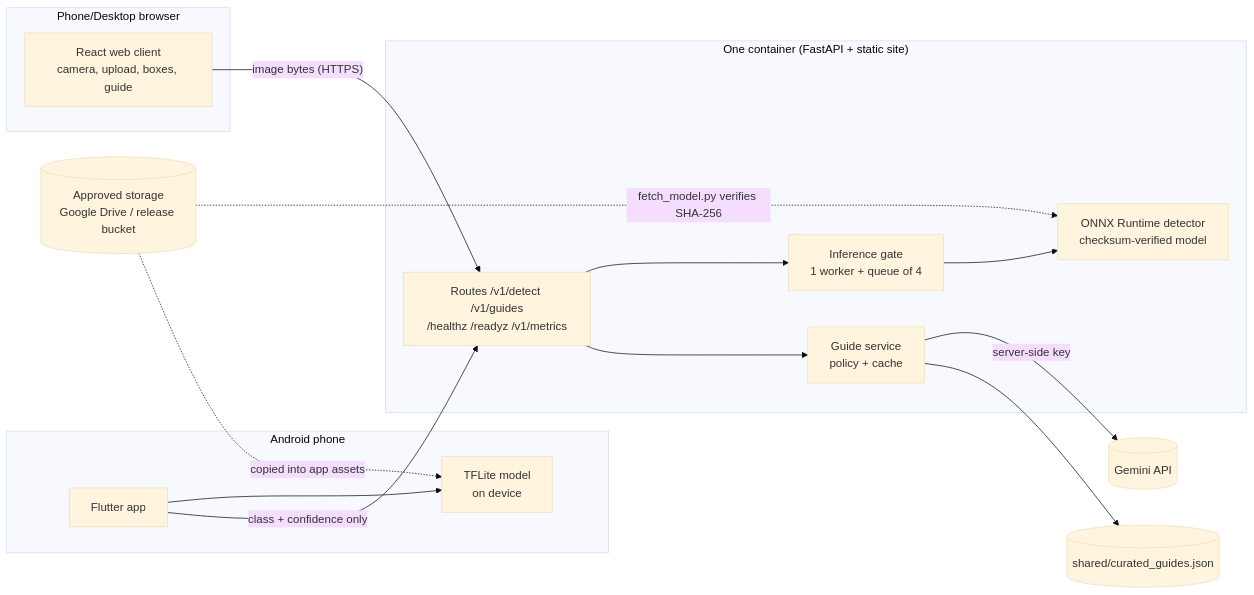
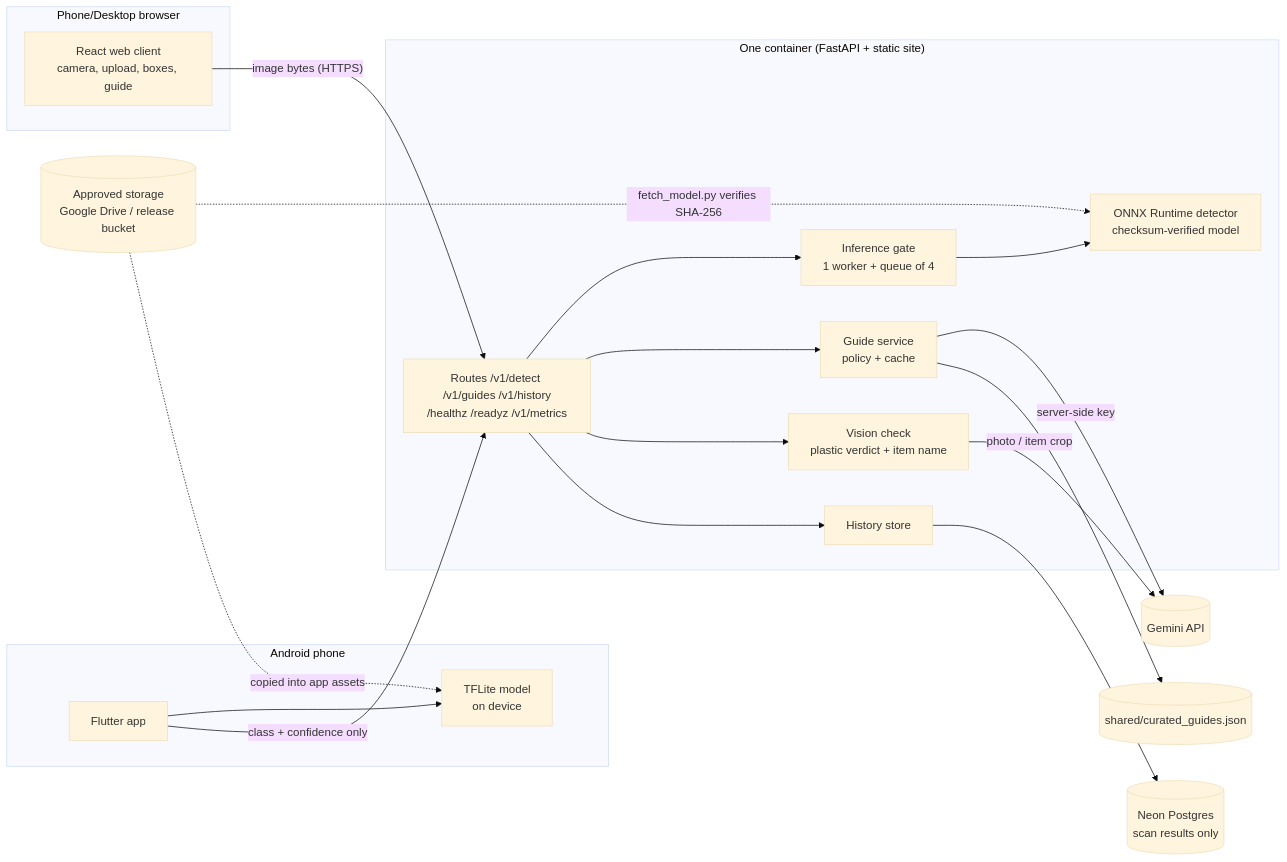
Before and after one commit to elaaf-ai/eco-revive-ai: the diagram in docs/ARCHITECTURE.md, drawn with Mermaid (base theme). The commit also changed other lines of this file and 59 other files, not shown here.

First line of the commit message:
Add scan history (Neon Postgres) and Gemini vision plastic check

````diff
--- a/docs/ARCHITECTURE.md
+++ b/docs/ARCHITECTURE.md
@@ -3,23 +3,29 @@
 ```mermaid
 flowchart LR
   subgraph Phone/Desktop browser
     W[React web client<br/>camera, upload, boxes, guide]
   end
   subgraph Android phone
     F[Flutter app] --> T[TFLite model<br/>on device]
   end
   subgraph Container ["One container (FastAPI + static site)"]
-    API[Routes /v1/detect /v1/guides<br/>/healthz /readyz /v1/metrics]
+    API[Routes /v1/detect /v1/guides /v1/history<br/>/healthz /readyz /v1/metrics]
     G[Inference gate<br/>1 worker + queue of 4]
     D[ONNX Runtime detector<br/>checksum-verified model]
     GS[Guide service<br/>policy + cache]
+    V[Vision check<br/>plastic verdict + item name]
+    H[History store]
     API --> G --> D
     API --> GS
+    API --> V
+    API --> H
   end
+  V -- "photo / item crop" --> GM
+  H --> DB[(Neon Postgres<br/>scan results only)]
   W -- "image bytes (HTTPS)" --> API
   F -- "class + confidence only" --> API
   GS -- "server-side key" --> GM[(Gemini API)]
   GS --> C[(shared/curated_guides.json)]
   R[(Approved storage<br/>Google Drive / release bucket)] -. "fetch_model.py verifies SHA-256" .-> D
   R -. "copied into app assets" .-> T
 ```
````
